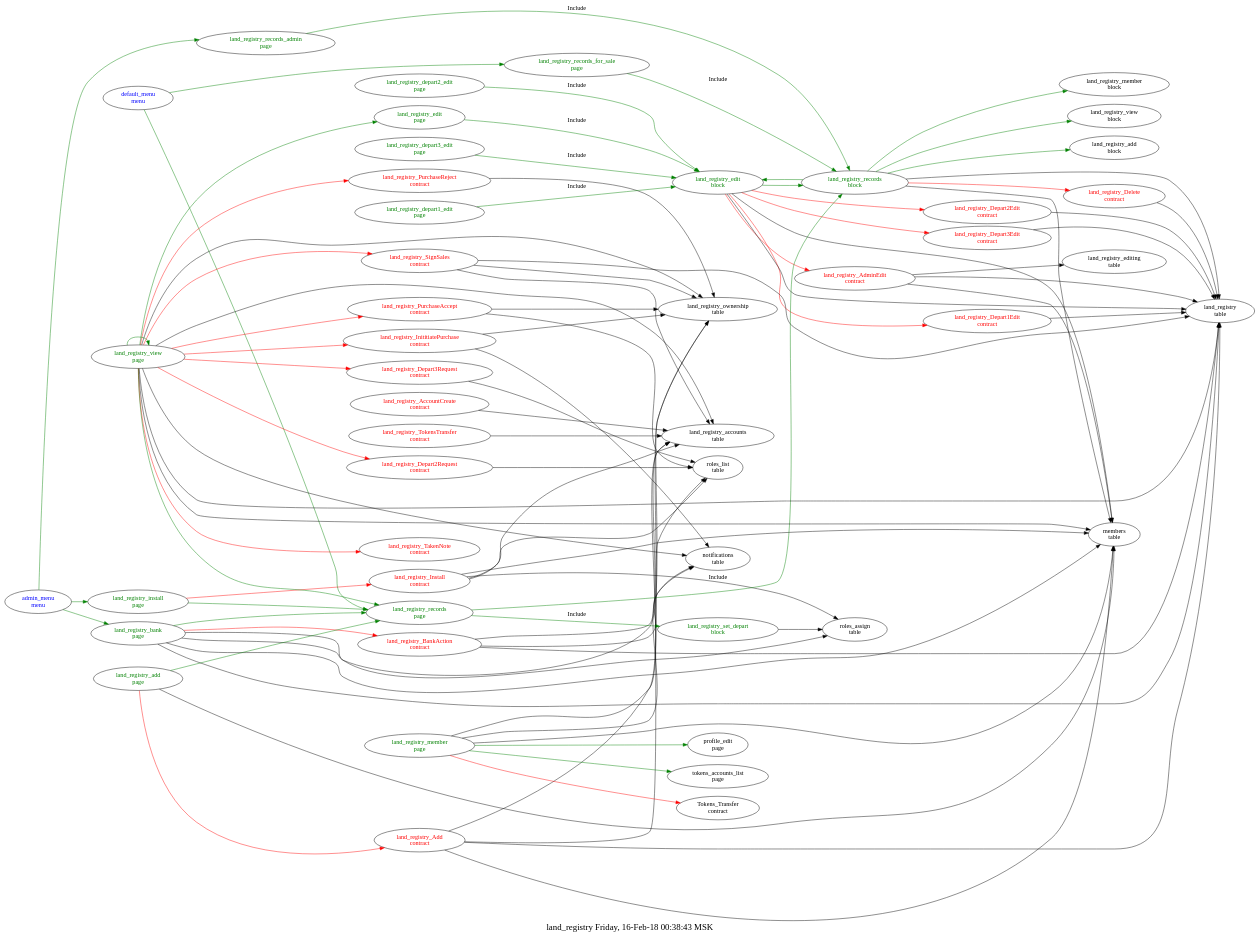
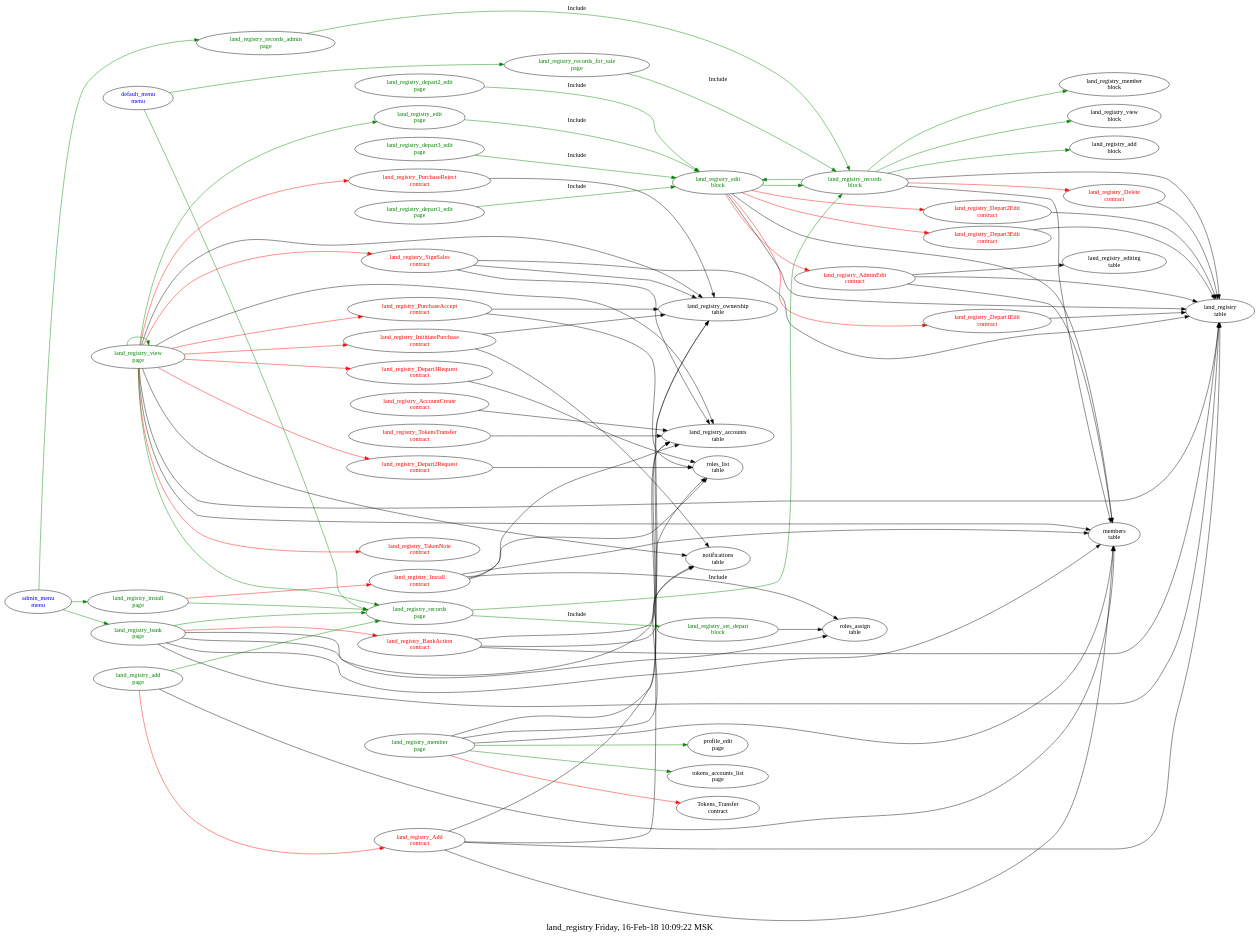
The diagram in src/land_registry/struct.dot (AplaProject/apps), drawn with Graphviz before and after one commit. The commit also changed 5 other files, not shown here.

```diff
--- a/src/land_registry/struct.dot
+++ b/src/land_registry/struct.dot
@@ -1,129 +1,129 @@
 digraph G {
 fontsize="20.0";
-label="land_registry Friday, 16-Feb-18 00:38:43 MSK";
+label="land_registry Friday, 16-Feb-18 10:09:22 MSK";
 rankdir=LR;
 "land_registry_edit\nblock" -> "land_registry_Depart1Edit\ncontract"  [ color=red ]
 "land_registry_edit\nblock" -> "land_registry_Depart2Edit\ncontract"  [ color=red ]
 "land_registry_edit\nblock" -> "land_registry_Depart3Edit\ncontract"  [ color=red ]
 "land_registry_edit\nblock" -> "land_registry_AdminEdit\ncontract"  [ color=red ]
 "land_registry_edit\nblock" -> "land_registry\ntable"
 "land_registry_edit\nblock" -> "members\ntable"
 "land_registry_edit\nblock" -> "land_registry_records\nblock"  [ color=green ]
 "land_registry_edit\nblock" [fontcolor=green, group=blocks];
 "land_registry_records\nblock" -> "land_registry_Delete\ncontract"  [ color=red ]
 "land_registry_records\nblock" -> "land_registry\ntable"
 "land_registry_records\nblock" -> "members\ntable"
 "land_registry_records\nblock" -> "land_registry_member\nblock"  [ color=green ]
 "land_registry_records\nblock" -> "land_registry_view\nblock"  [ color=green ]
 "land_registry_records\nblock" -> "land_registry_edit\nblock"  [ color=green ]
 "land_registry_records\nblock" -> "land_registry_add\nblock"  [ color=green ]
 "land_registry_records\nblock" [fontcolor=green, group=blocks];
 "land_registry_set_depart\nblock" -> "roles_assign\ntable"
 "land_registry_set_depart\nblock" [fontcolor=green, group=blocks];
 "land_registry_AccountCreate\ncontract" -> "land_registry_accounts\ntable"
 "land_registry_AccountCreate\ncontract" [fontcolor=red, group=contracts];
 "land_registry_Add\ncontract" -> "members\ntable"
 "land_registry_Add\ncontract" -> "roles_list\ntable"
 "land_registry_Add\ncontract" -> "land_registry\ntable"
 "land_registry_Add\ncontract" -> "land_registry_ownership\ntable"
 "land_registry_Add\ncontract" [fontcolor=red, group=contracts];
 "land_registry_AdminEdit\ncontract" -> "land_registry\ntable"
 "land_registry_AdminEdit\ncontract" -> "members\ntable"
 "land_registry_AdminEdit\ncontract" -> "land_registry_editing\ntable"
 "land_registry_AdminEdit\ncontract" [fontcolor=red, group=contracts];
 "land_registry_BankAction\ncontract" -> "notifications\ntable"
 "land_registry_BankAction\ncontract" -> "land_registry\ntable"
 "land_registry_BankAction\ncontract" -> "land_registry_accounts\ntable"
 "land_registry_BankAction\ncontract" [fontcolor=red, group=contracts];
 "land_registry_Delete\ncontract" -> "land_registry\ntable"
 "land_registry_Delete\ncontract" [fontcolor=red, group=contracts];
 "land_registry_Depart1Edit\ncontract" -> "land_registry\ntable"
 "land_registry_Depart1Edit\ncontract" [fontcolor=red, group=contracts];
 "land_registry_Depart2Edit\ncontract" -> "land_registry\ntable"
 "land_registry_Depart2Edit\ncontract" [fontcolor=red, group=contracts];
 "land_registry_Depart2Request\ncontract" -> "roles_list\ntable"
 "land_registry_Depart2Request\ncontract" [fontcolor=red, group=contracts];
 "land_registry_Depart3Edit\ncontract" -> "land_registry\ntable"
 "land_registry_Depart3Edit\ncontract" [fontcolor=red, group=contracts];
 "land_registry_Depart3Request\ncontract" -> "roles_list\ntable"
 "land_registry_Depart3Request\ncontract" [fontcolor=red, group=contracts];
 "land_registry_InititiatePurchase\ncontract" -> "land_registry_ownership\ntable"
 "land_registry_InititiatePurchase\ncontract" -> "notifications\ntable"
 "land_registry_InititiatePurchase\ncontract" [fontcolor=red, group=contracts];
 "land_registry_Install\ncontract" -> "members\ntable"
 "land_registry_Install\ncontract" -> "land_registry_accounts\ntable"
 "land_registry_Install\ncontract" -> "roles_list\ntable"
 "land_registry_Install\ncontract" -> "roles_assign\ntable"
 "land_registry_Install\ncontract" [fontcolor=red, group=contracts];
 "land_registry_PurchaseAccept\ncontract" -> "roles_list\ntable"
 "land_registry_PurchaseAccept\ncontract" -> "land_registry_ownership\ntable"
 "land_registry_PurchaseAccept\ncontract" [fontcolor=red, group=contracts];
 "land_registry_PurchaseReject\ncontract" -> "land_registry_ownership\ntable"
 "land_registry_PurchaseReject\ncontract" [fontcolor=red, group=contracts];
 "land_registry_SignSales\ncontract" -> "land_registry_ownership\ntable"
 "land_registry_SignSales\ncontract" -> "land_registry\ntable"
 "land_registry_SignSales\ncontract" -> "land_registry_accounts\ntable"
 "land_registry_SignSales\ncontract" [fontcolor=red, group=contracts];
 "land_registry_TakenNote\ncontract" [fontcolor=red, group=contracts];
 "land_registry_TokensTransfer\ncontract" -> "land_registry_accounts\ntable"
 "land_registry_TokensTransfer\ncontract" [fontcolor=red, group=contracts];
 "admin_menu\nmenu" -> "land_registry_records_admin\npage"  [ color=green ]
 "admin_menu\nmenu" -> "land_registry_bank\npage"  [ color=green ]
 "admin_menu\nmenu" -> "land_registry_install\npage"  [ color=green ]
 "admin_menu\nmenu" [fontcolor=blue, group=menus];
 "default_menu\nmenu" -> "land_registry_records\npage"  [ color=green ]
 "default_menu\nmenu" -> "land_registry_records_for_sale\npage"  [ color=green ]
 "default_menu\nmenu" [fontcolor=blue, group=menus];
 "land_registry_add\npage" -> "land_registry_Add\ncontract"  [ color=red ]
 "land_registry_add\npage" -> "members\ntable"
 "land_registry_add\npage" -> "land_registry_records\npage"  [ color=green ]
 "land_registry_add\npage" [fontcolor=green, group=pages];
 "land_registry_bank\npage" -> "land_registry_BankAction\ncontract"  [ color=red ]
 "land_registry_bank\npage" -> "land_registry_ownership\ntable"
 "land_registry_bank\npage" -> "land_registry\ntable"
 "land_registry_bank\npage" -> "roles_assign\ntable"
 "land_registry_bank\npage" -> "members\ntable"
 "land_registry_bank\npage" -> "land_registry_records\npage"  [ color=green ]
 "land_registry_bank\npage" [fontcolor=green, group=pages];
 "land_registry_depart1_edit\npage" -> "land_registry_edit\nblock"  [ color=green, label=Include ]
 "land_registry_depart1_edit\npage" [fontcolor=green, group=pages];
 "land_registry_depart2_edit\npage" -> "land_registry_edit\nblock"  [ color=green, label=Include ]
 "land_registry_depart2_edit\npage" [fontcolor=green, group=pages];
 "land_registry_depart3_edit\npage" -> "land_registry_edit\nblock"  [ color=green, label=Include ]
 "land_registry_depart3_edit\npage" [fontcolor=green, group=pages];
 "land_registry_edit\npage" -> "land_registry_edit\nblock"  [ color=green, label=Include ]
 "land_registry_edit\npage" [fontcolor=green, group=pages];
 "land_registry_install\npage" -> "land_registry_Install\ncontract"  [ color=red ]
 "land_registry_install\npage" -> "land_registry_records\npage"  [ color=green ]
 "land_registry_install\npage" [fontcolor=green, group=pages];
 "land_registry_member\npage" -> "Tokens_Transfer\ncontract"  [ color=red ]
 "land_registry_member\npage" -> "members\ntable"
 "land_registry_member\npage" -> "notifications\ntable"
 "land_registry_member\npage" -> "land_registry_accounts\ntable"
 "land_registry_member\npage" -> "profile_edit\npage"  [ color=green ]
 "land_registry_member\npage" -> "tokens_accounts_list\npage"  [ color=green ]
 "land_registry_member\npage" [fontcolor=green, group=pages];
 "land_registry_records\npage" -> "land_registry_set_depart\nblock"  [ color=green, label=Include ]
 "land_registry_records\npage" -> "land_registry_records\nblock"  [ color=green, label=Include ]
 "land_registry_records\npage" [fontcolor=green, group=pages];
 "land_registry_records_admin\npage" -> "land_registry_records\nblock"  [ color=green, label=Include ]
 "land_registry_records_admin\npage" [fontcolor=green, group=pages];
 "land_registry_records_for_sale\npage" -> "land_registry_records\nblock"  [ color=green, label=Include ]
 "land_registry_records_for_sale\npage" [fontcolor=green, group=pages];
 "land_registry_view\npage" -> "land_registry_Depart2Request\ncontract"  [ color=red ]
 "land_registry_view\npage" -> "land_registry_Depart3Request\ncontract"  [ color=red ]
 "land_registry_view\npage" -> "land_registry_InititiatePurchase\ncontract"  [ color=red ]
 "land_registry_view\npage" -> "land_registry_PurchaseReject\ncontract"  [ color=red ]
 "land_registry_view\npage" -> "land_registry_PurchaseAccept\ncontract"  [ color=red ]
 "land_registry_view\npage" -> "land_registry_SignSales\ncontract"  [ color=red ]
 "land_registry_view\npage" -> "land_registry_TakenNote\ncontract"  [ color=red ]
 "land_registry_view\npage" -> "land_registry\ntable"
 "land_registry_view\npage" -> "land_registry_ownership\ntable"
 "land_registry_view\npage" -> "members\ntable"
 "land_registry_view\npage" -> "notifications\ntable"
 "land_registry_view\npage" -> "land_registry_accounts\ntable"
 "land_registry_view\npage" -> "land_registry_records\npage"  [ color=green ]
 "land_registry_view\npage" -> "land_registry_view\npage"  [ color=green ]
 "land_registry_view\npage" -> "land_registry_edit\npage"  [ color=green ]
 "land_registry_view\npage" [fontcolor=green, group=pages];
 }
```
